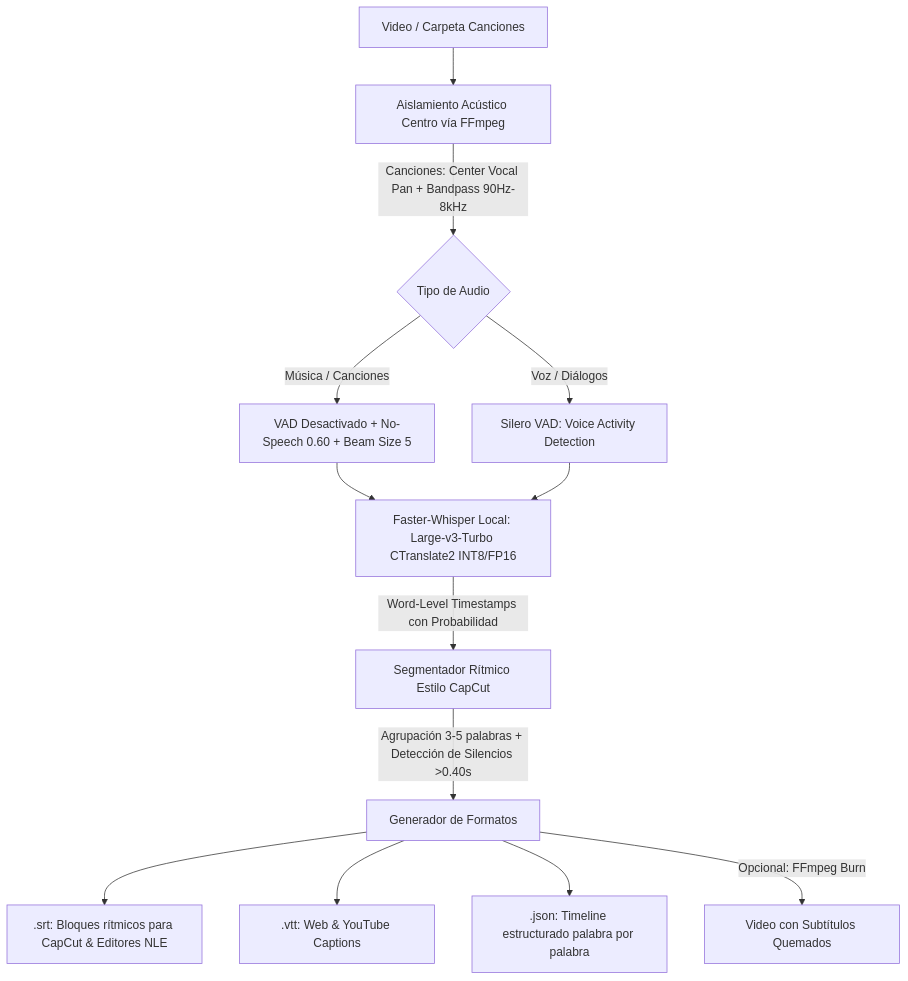
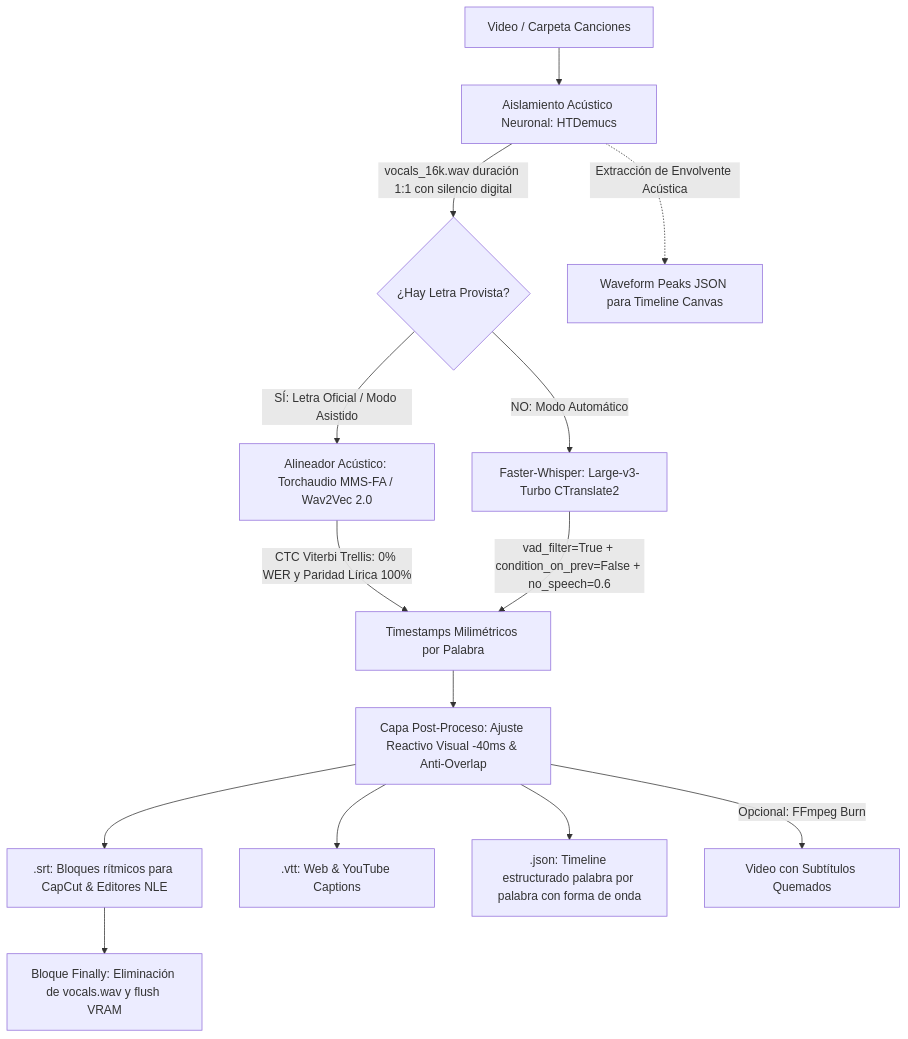
Before and after one commit to ma730dev/AutoProdAI: the diagram in docs/features/subtitles_whisper/ficha_tecnica.md, drawn with Mermaid. The commit also changed other lines of this file and 8 other files, not shown here.

````diff
--- a/docs/features/subtitles_whisper/ficha_tecnica.md
+++ b/docs/features/subtitles_whisper/ficha_tecnica.md
@@ -11,15 +11,21 @@
 ```mermaid
 flowchart TD
-    A[Video / Carpeta Canciones] --> B[Aislamiento Acústico Centro vía FFmpeg]
-    B -->|Canciones: Center Vocal Pan + Bandpass 90Hz-8kHz| C{Tipo de Audio}
-    C -->|Música / Canciones| D1[VAD Desactivado + No-Speech 0.60 + Beam Size 5]
-    C -->|Voz / Diálogos| D2[Silero VAD: Voice Activity Detection]
-    D1 --> E[Faster-Whisper Local: Large-v3-Turbo CTranslate2 INT8/FP16]
-    D2 --> E
-    E -->|Word-Level Timestamps con Probabilidad| F[Segmentador Rítmico Estilo CapCut]
-    F -->|Agrupación 3-5 palabras + Detección de Silencios >0.40s| G[Generador de Formatos]
-    G --> H1[.srt: Bloques rítmicos para CapCut & Editores NLE]
-    G --> H2[.vtt: Web & YouTube Captions]
-    G --> H3[.json: Timeline estructurado palabra por palabra]
-    G -->|Opcional: FFmpeg Burn| I[Video con Subtítulos Quemados]
+    A[Video / Carpeta Canciones] --> B[Aislamiento Acústico Neuronal: HTDemucs]
+    B -->|vocals_16k.wav duración 1:1 con silencio digital| C{¿Hay Letra Provista?}
+    
+    C -->|SÍ: Letra Oficial / Modo Asistido| D1[Alineador Acústico: Torchaudio MMS-FA / Wav2Vec 2.0]
+    D1 -->|CTC Viterbi Trellis: 0% WER y Paridad Lírica 100%| E[Timestamps Milimétricos por Palabra]
+    
+    C -->|NO: Modo Automático| D2[Faster-Whisper: Large-v3-Turbo CTranslate2]
+    D2 -->|vad_filter=True + condition_on_prev=False + no_speech=0.6| E
+    
+    E --> F[Capa Post-Proceso: Ajuste Reactivo Visual -40ms & Anti-Overlap]
+    B -.->|Extracción de Envolvente Acústica| G[Waveform Peaks JSON para Timeline Canvas]
+    
+    F --> H1[.srt: Bloques rítmicos para CapCut & Editores NLE]
+    F --> H2[.vtt: Web & YouTube Captions]
+    F --> H3[.json: Timeline estructurado palabra por palabra con forma de onda]
+    F -->|Opcional: FFmpeg Burn| I[Video con Subtítulos Quemados]
+    
+    H1 --> J[Bloque Finally: Eliminación de vocals.wav y flush VRAM]
 ```
````
